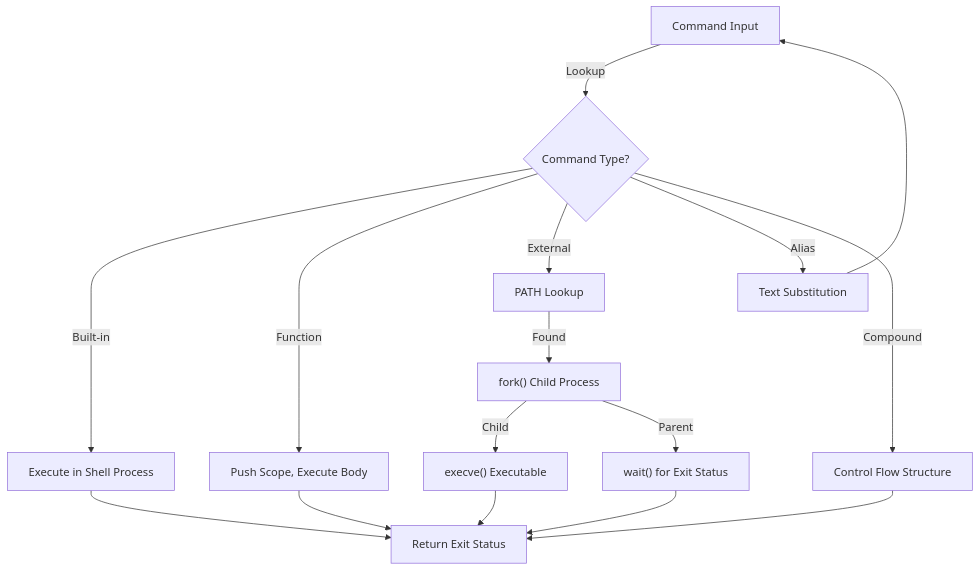
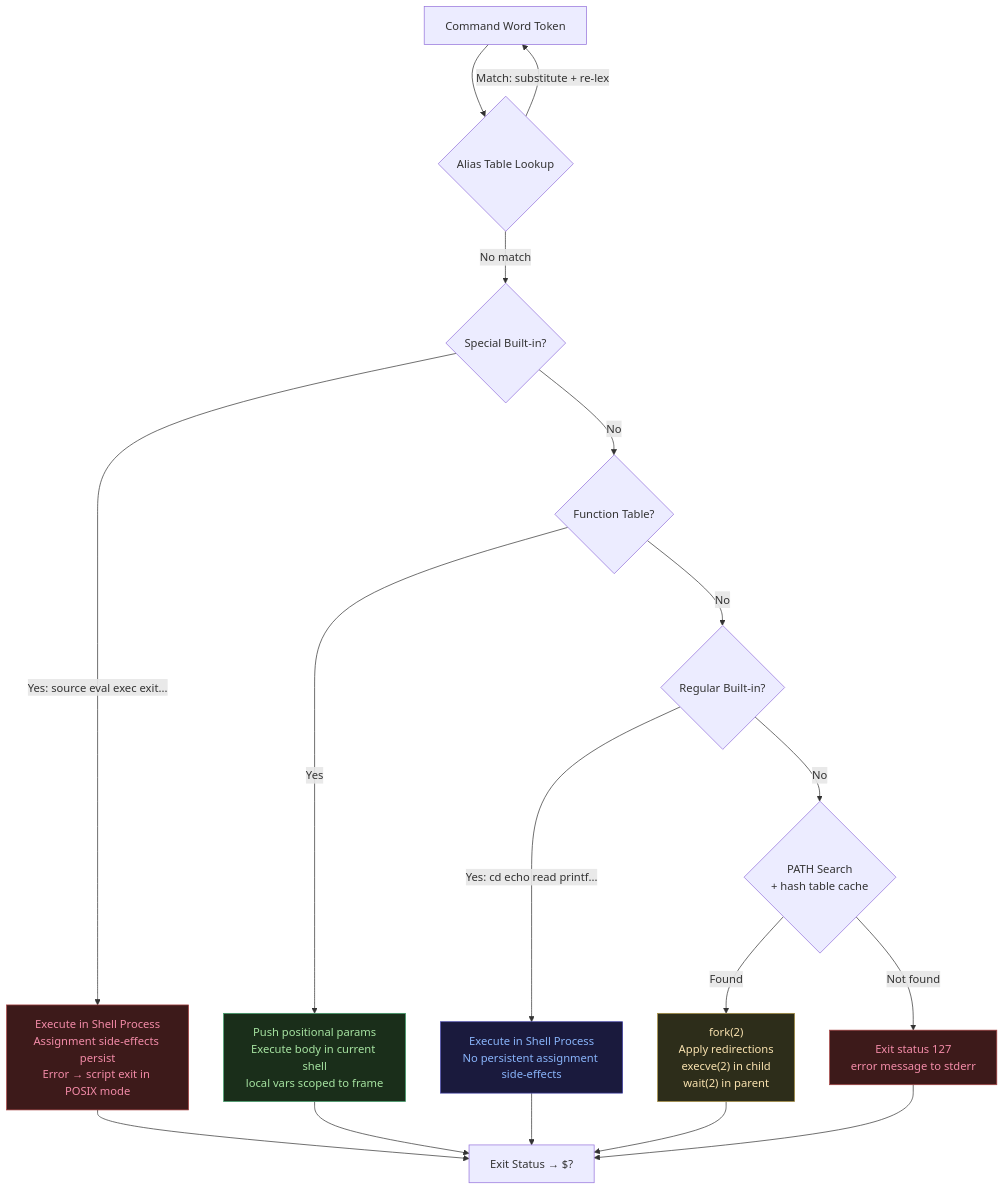
One commit to blebleblee/synapse changed the fourth of 4 diagrams in topics/computing/systems/bash/lesson_01_execution_model_syntax.md. Above: the diagram before and after it, drawn with Mermaid. The commit also changed other lines of this file and 4 other files, not shown here.

````diff
--- a/topics/computing/systems/bash/lesson_01_execution_model_syntax.md
+++ b/topics/computing/systems/bash/lesson_01_execution_model_syntax.md
@@ -60,18 +361,25 @@
 ```mermaid
-graph TD
-    A["Command Input"] -->|"Lookup"| B{"Command Type?"}
-    B -->|"Built-in"| C["Execute in Shell Process"]
-    B -->|"Function"| D["Push Scope, Execute Body"]
-    B -->|"External"| E["PATH Lookup"]
-    B -->|"Alias"| F["Text Substitution"]
-    B -->|"Compound"| G["Control Flow Structure"]
-    E -->|"Found"| H["fork() Child Process"]
-    H -->|"Child"| I["execve() Executable"]
-    H -->|"Parent"| J["wait() for Exit Status"]
-    C --> K["Return Exit Status"]
-    D --> K
-    I --> K
-    J --> K
-    F --> A
-    G --> K
+flowchart TD
+    A["Command Word Token"] --> B{"Alias Table Lookup"}
+    B -->|"Match: substitute + re-lex"| A
+    B -->|"No match"| C{"Special Built-in?"}
+    C -->|"Yes: source eval exec exit..."| D["Execute in Shell Process\nAssignment side-effects persist\nError → script exit in POSIX mode"]
+    C -->|"No"| E{"Function Table?"}
+    E -->|"Yes"| F["Push positional params\nExecute body in current shell\nlocal vars scoped to frame"]
+    E -->|"No"| G{"Regular Built-in?"}
+    G -->|"Yes: cd echo read printf..."| H["Execute in Shell Process\nNo persistent assignment side-effects"]
+    G -->|"No"| I{"PATH Search\n+ hash table cache"}
+    I -->|"Found"| J["fork(2)\nApply redirections\nexecve(2) in child\nwait(2) in parent"]
+    I -->|"Not found"| K["Exit status 127\nerror message to stderr"]
+    D --> L["Exit Status → $?"]
+    F --> L
+    H --> L
+    J --> L
+    K --> L
+
+    style D fill:#3d1a1a,color:#f38ba8,stroke:#a84040
+    style F fill:#1a2e1a,color:#a6e3a1,stroke:#40a06c
+    style H fill:#1a1a3d,color:#89b4fa,stroke:#4040a8
+    style J fill:#2d2d1a,color:#f9e2af,stroke:#a89040
+    style K fill:#3d1a1a,color:#f38ba8,stroke:#a84040
 ```
````
